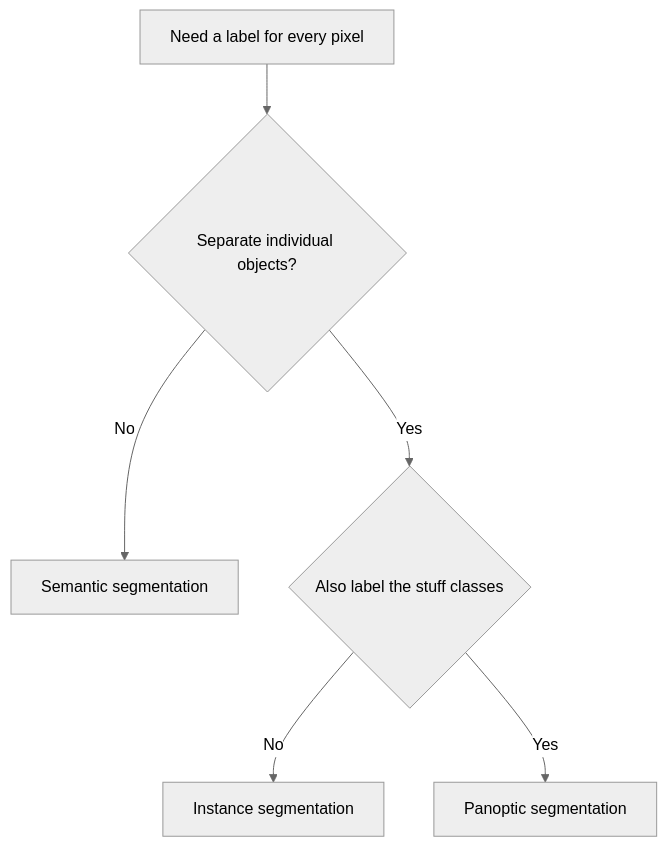
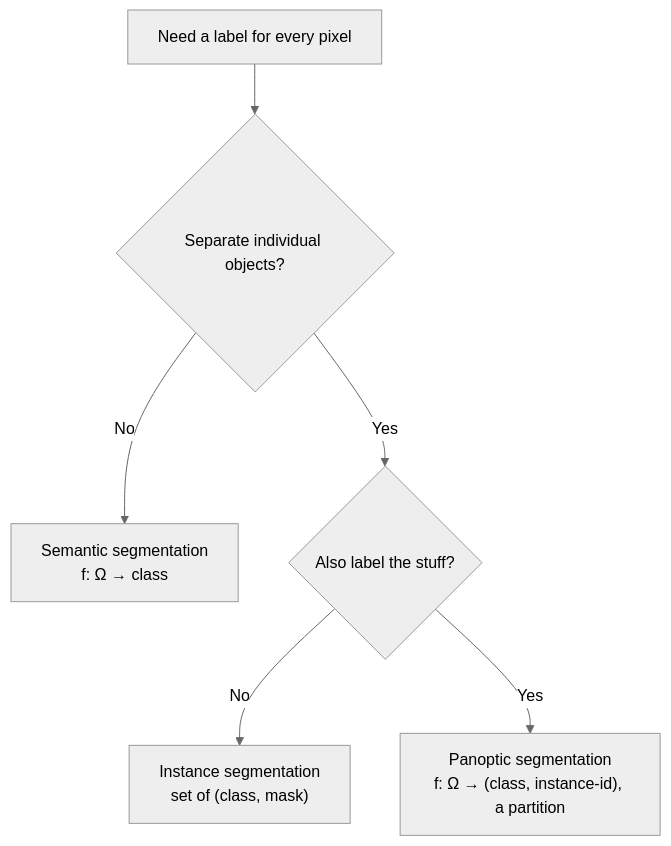
The diagram in curriculum/week-07-semantic-and-instance-segmentation/lecture-notes/01-kinds-of-segmentation.md (CODECRUNCHWORLDWIDE/C56-CRUNCH-VISION), drawn with Mermaid (neutral theme) before and after one commit. The commit also changed other lines of this file and 254 other files, not shown here.

Commit message:
docs: add diagrams + sync content from curriculum source

````diff
--- a/curriculum/week-07-semantic-and-instance-segmentation/lecture-notes/01-kinds-of-segmentation.md
+++ b/curriculum/week-07-semantic-and-instance-segmentation/lecture-notes/01-kinds-of-segmentation.md
@@ -29,8 +24,8 @@
 ```mermaid
 flowchart TD
   A["Need a label for every pixel"] --> B{"Separate individual objects?"}
-  B -- No --> C["Semantic segmentation"]
-  B -- Yes --> D{"Also label the stuff classes"}
-  D -- No --> E["Instance segmentation"]
-  D -- Yes --> F["Panoptic segmentation"]
+  B -- No --> C["Semantic segmentation<br/>f: Ω → class"]
+  B -- Yes --> D{"Also label the stuff?"}
+  D -- No --> E["Instance segmentation<br/>set of (class, mask)"]
+  D -- Yes --> F["Panoptic segmentation<br/>f: Ω → (class, instance-id), a partition"]
 ```
````
